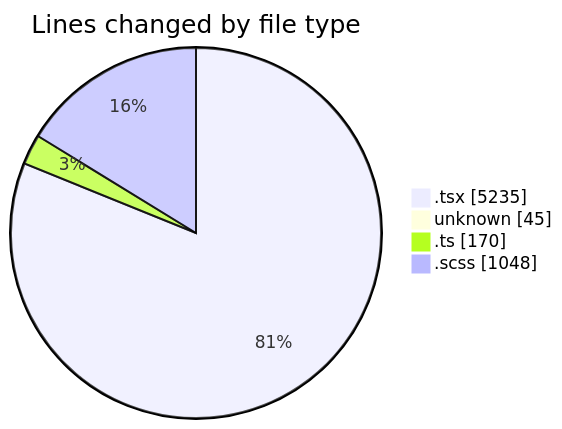
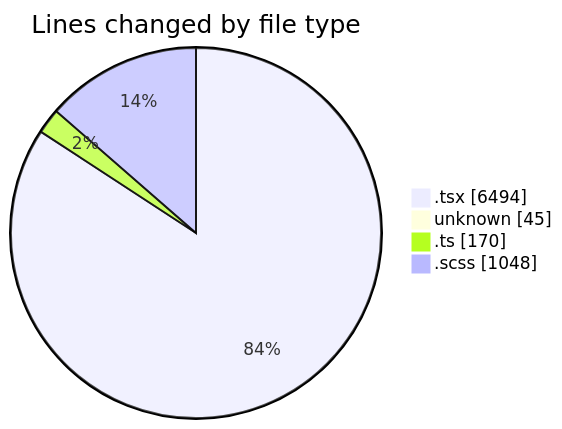
The first of 2 diagrams in 2025-09-01/cda/README.md (momahboobian/code-tracking), drawn with Mermaid before and after one commit. The commit also changed other lines of this file and 1 other file, not shown here.

````diff
--- a/2025-09-01/cda/README.md
+++ b/2025-09-01/cda/README.md
@@ -31,8 +32,8 @@
 ```mermaid
 pie showData
 title Lines changed by file type
-".tsx" : 5235
+".tsx" : 6494
 "unknown" : 45
 ".ts" : 170
 ".scss" : 1048
 ```
````
